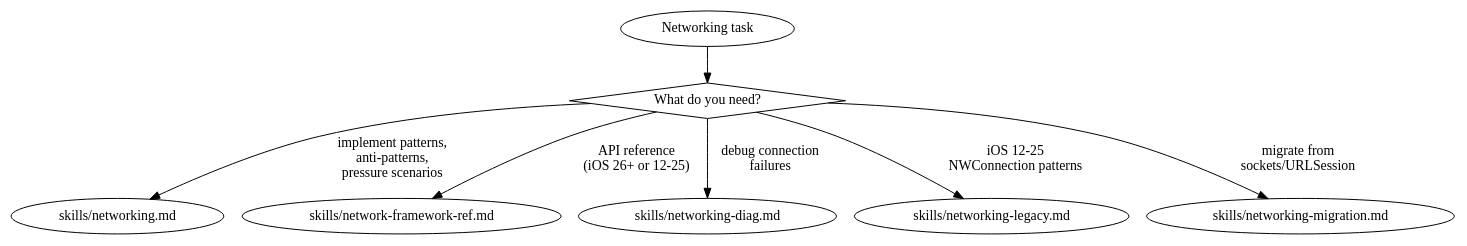
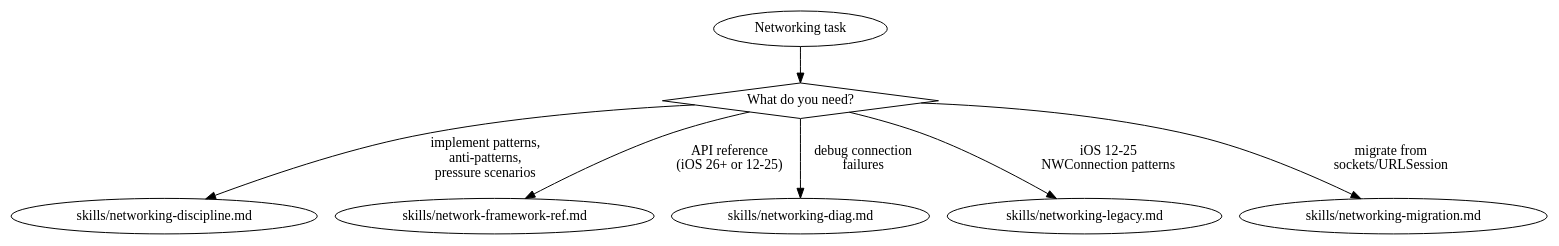
Before and after one commit to CharlesWiltgen/Axiom: the diagram in .claude-plugin/plugins/axiom/skills/axiom-networking/SKILL.md, drawn with Graphviz. The commit also changed other lines of this file and 17 other files, not shown here.

````diff
--- a/.claude-plugin/plugins/axiom/skills/axiom-networking/SKILL.md
+++ b/.claude-plugin/plugins/axiom/skills/axiom-networking/SKILL.md
@@ -35,13 +35,13 @@
 ```dot
 digraph networking {
     start [label="Networking task" shape=ellipse];
     what [label="What do you need?" shape=diamond];
 
     start -> what;
-    what -> "skills/networking.md" [label="implement patterns,\nanti-patterns,\npressure scenarios"];
+    what -> "skills/networking-discipline.md" [label="implement patterns,\nanti-patterns,\npressure scenarios"];
     what -> "skills/network-framework-ref.md" [label="API reference\n(iOS 26+ or 12-25)"];
     what -> "skills/networking-diag.md" [label="debug connection\nfailures"];
     what -> "skills/networking-legacy.md" [label="iOS 12-25\nNWConnection patterns"];
     what -> "skills/networking-migration.md" [label="migrate from\nsockets/URLSession"];
 }
 ```
````
